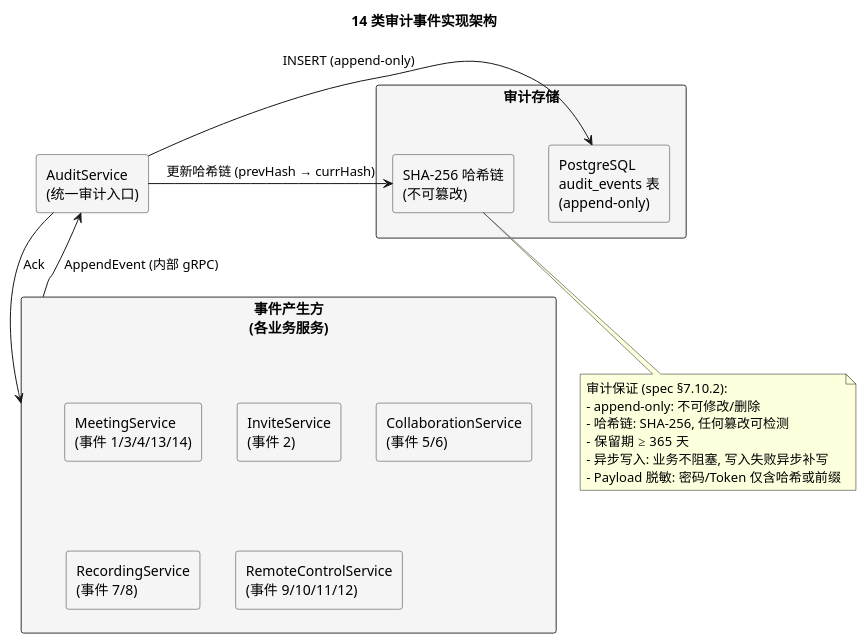
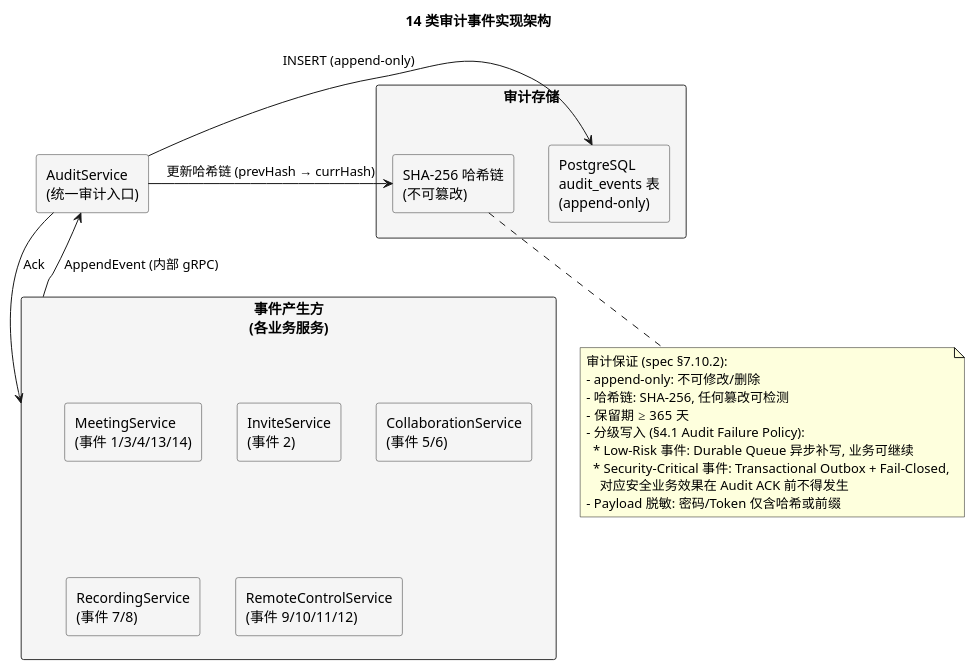
Diagram 51 of 60 in .codeartsdoer/specs/emx/design.md (wujupeng/EMX), drawn with PlantUML before and after one commit. The commit also changed other lines of this file, not shown here.

````diff
--- a/.codeartsdoer/specs/emx/design.md
+++ b/.codeartsdoer/specs/emx/design.md
@@ -4587,39 +4630,42 @@
 ```plantuml
 @startuml
 title 14 类审计事件实现架构
 
 skinparam rectangle {
     BackgroundColor #F5F5F5
     BorderColor #333333
 }
 
 rectangle "事件产生方\n(各业务服务)" as Producers {
     rectangle "MeetingService\n(事件 1/3/4/13/14)" as P1
     rectangle "InviteService\n(事件 2)" as P2
     rectangle "CollaborationService\n(事件 5/6)" as P3
     rectangle "RecordingService\n(事件 7/8)" as P4
     rectangle "RemoteControlService\n(事件 9/10/11/12)" as P5
 }
 
 rectangle "AuditService\n(统一审计入口)" as Audit
 
 rectangle "审计存储" as Store {
     rectangle "PostgreSQL\naudit_events 表\n(append-only)" as PG
     rectangle "SHA-256 哈希链\n(不可篡改)" as Hash
 }
 
 Producers --> Audit : AppendEvent (内部 gRPC)
 Audit -> PG : INSERT (append-only)
 Audit -> Hash : 更新哈希链 (prevHash → currHash)
 Audit --> Producers : Ack
 
 note bottom
   审计保证 (spec §7.10.2):
   - append-only: 不可修改/删除
   - 哈希链: SHA-256, 任何篡改可检测
   - 保留期 ≥ 365 天
-  - 异步写入: 业务不阻塞, 写入失败异步补写
+  - 分级写入 (§4.1 Audit Failure Policy):
+    * Low-Risk 事件: Durable Queue 异步补写, 业务可继续
+    * Security-Critical 事件: Transactional Outbox + Fail-Closed,
+      对应安全业务效果在 Audit ACK 前不得发生
   - Payload 脱敏: 密码/Token 仅含哈希或前缀
 end note
 @enduml
 ```
````
